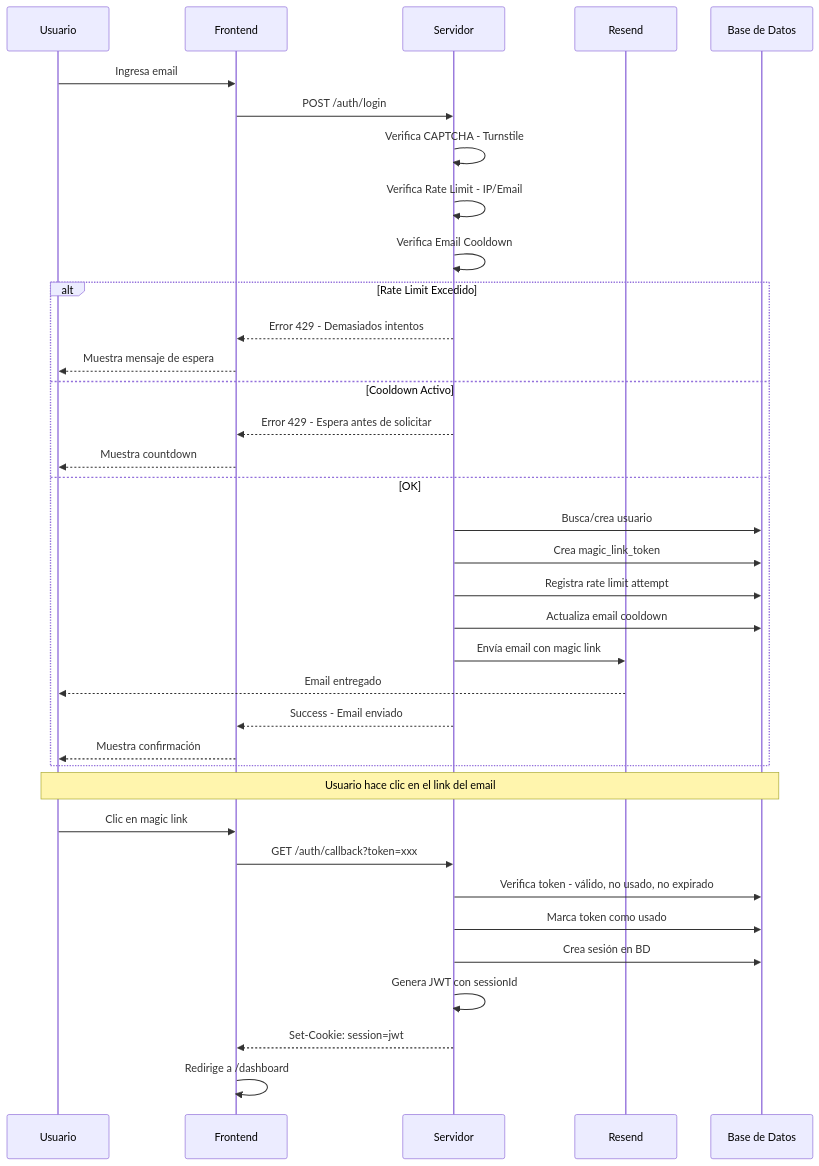
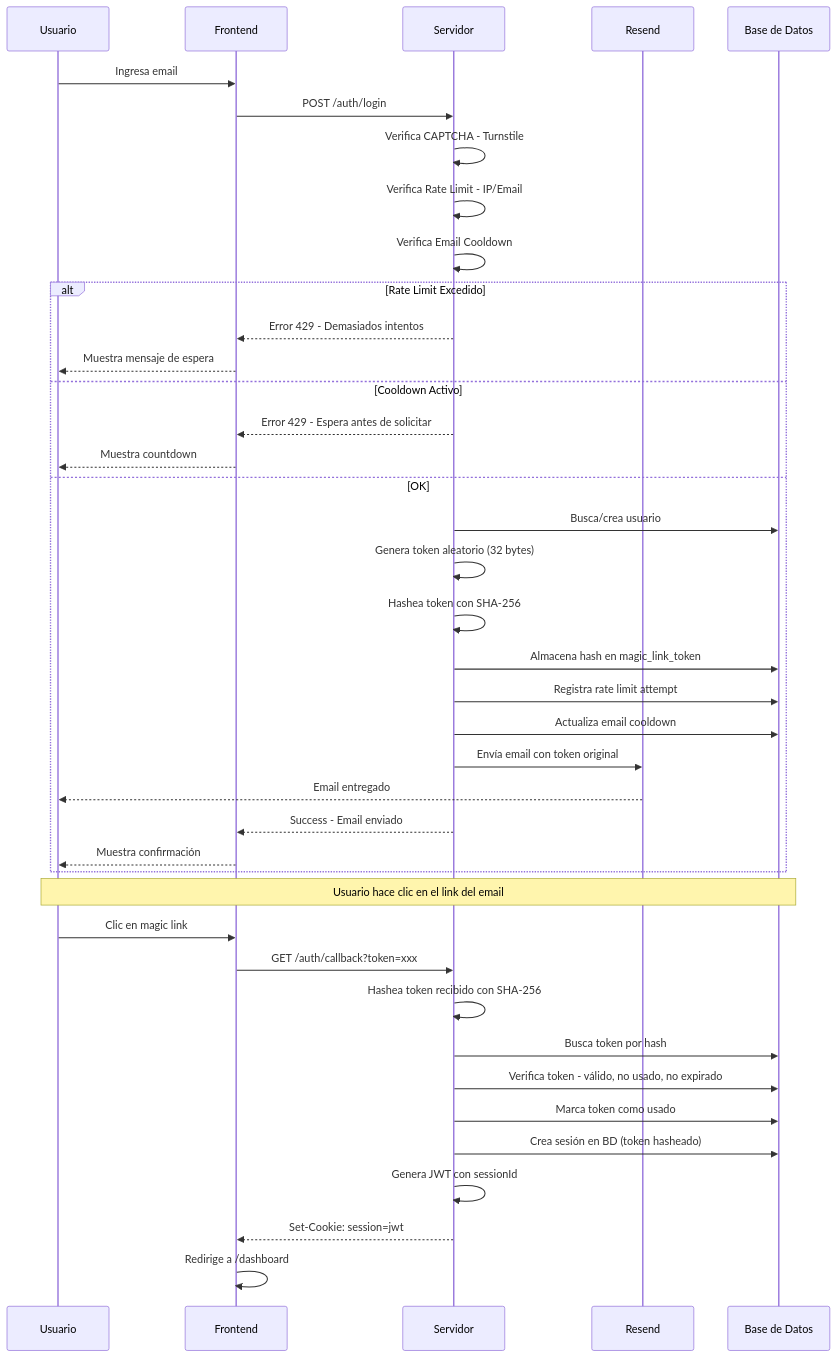
Before and after one commit to victorvidalv/idea-it-mytilusdata: the fifth of 11 diagrams in docs/architecture.md, drawn with Mermaid. The commit also changed other lines of this file and 8 other files, not shown here.

````diff
--- a/docs/architecture.md
+++ b/docs/architecture.md
@@ -230,42 +230,46 @@
 ```mermaid
 sequenceDiagram
     participant U as Usuario
     participant F as Frontend
     participant S as Servidor
     participant R as Resend
     participant DB as Base de Datos
 
     U->>F: Ingresa email
     F->>S: POST /auth/login
     S->>S: Verifica CAPTCHA - Turnstile
     S->>S: Verifica Rate Limit - IP/Email
     S->>S: Verifica Email Cooldown
 
     alt Rate Limit Excedido
         S-->>F: Error 429 - Demasiados intentos
         F-->>U: Muestra mensaje de espera
     else Cooldown Activo
         S-->>F: Error 429 - Espera antes de solicitar
         F-->>U: Muestra countdown
     else OK
         S->>DB: Busca/crea usuario
-        S->>DB: Crea magic_link_token
+        S->>S: Genera token aleatorio (32 bytes)
+        S->>S: Hashea token con SHA-256
+        S->>DB: Almacena hash en magic_link_token
         S->>DB: Registra rate limit attempt
         S->>DB: Actualiza email cooldown
-        S->>R: Envía email con magic link
+        S->>R: Envía email con token original
         R-->>U: Email entregado
         S-->>F: Success - Email enviado
         F-->>U: Muestra confirmación
     end
 
     Note over U,DB: Usuario hace clic en el link del email
 
     U->>F: Clic en magic link
     F->>S: GET /auth/callback?token=xxx
+    S->>S: Hashea token recibido con SHA-256
+    S->>DB: Busca token por hash
     S->>DB: Verifica token - válido, no usado, no expirado
     S->>DB: Marca token como usado
-    S->>DB: Crea sesión en BD
+    S->>DB: Crea sesión en BD (token hasheado)
     S->>S: Genera JWT con sessionId
     S-->>F: Set-Cookie: session=jwt
     F->>F: Redirige a /dashboard
 ```
````
